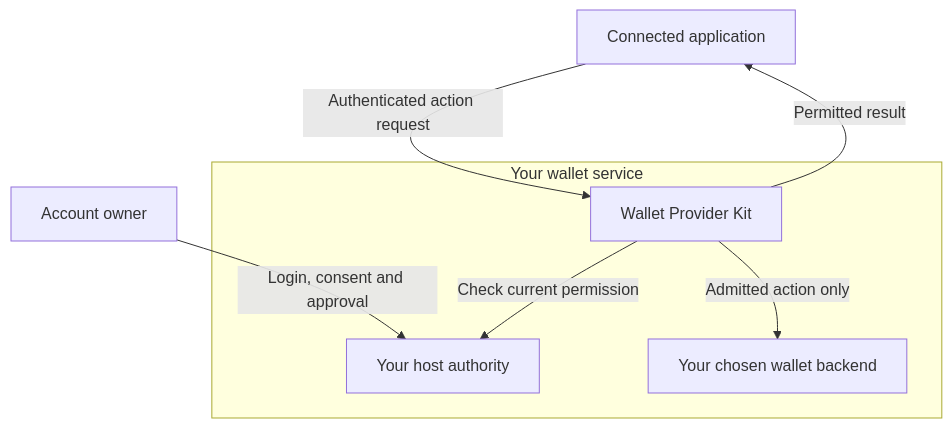
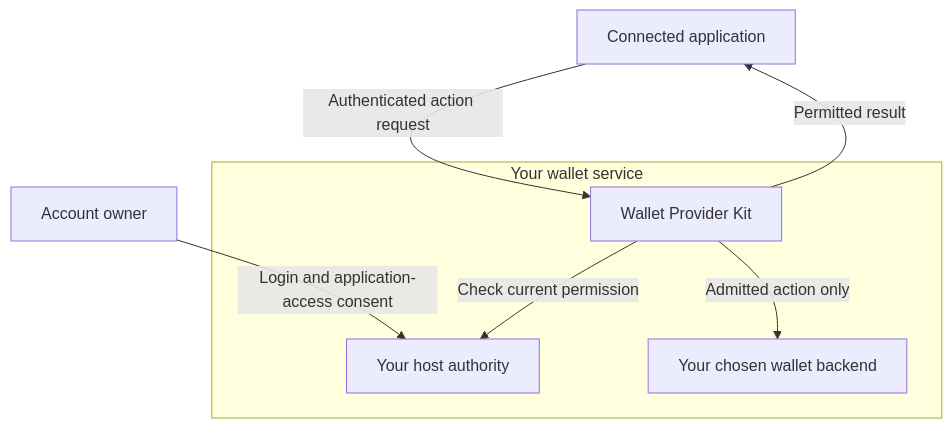
One commit to Moovha/wallet-provider-kit changed the first of 2 diagrams in README.md. Above: the diagram before and after it, drawn with Mermaid. The commit also changed other lines of this file and 36 other files, not shown here.

````diff
--- a/README.md
+++ b/README.md
@@ -149,12 +149,12 @@
 ```mermaid
 flowchart TB
     accTitle: Account owner, connected application and provider control
     accDescr: The owner approves access through the host. Applications request actions from the toolkit, which checks host authority and calls the chosen backend. Only permitted results return to the application.
-    walletOwner["Account owner"] -->|"Login, consent and approval"|authority
+    walletOwner["Account owner"] -->|"Login and application-access consent"|authority
     connectedApp["Connected application"] -->|"Authenticated action request"|kit
     subgraph walletService["Your wallet service"]
         kit["Wallet Provider Kit"] -->|"Check current permission"|authority["Your host authority"]
         kit -->|"Admitted action only"|backend["Your chosen wallet backend"]
     end
     kit -->|"Permitted result"|connectedApp
 ```
````
